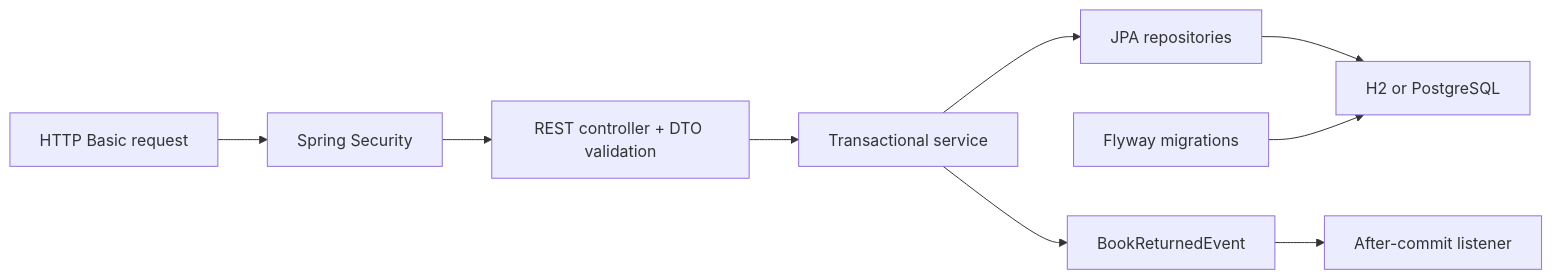
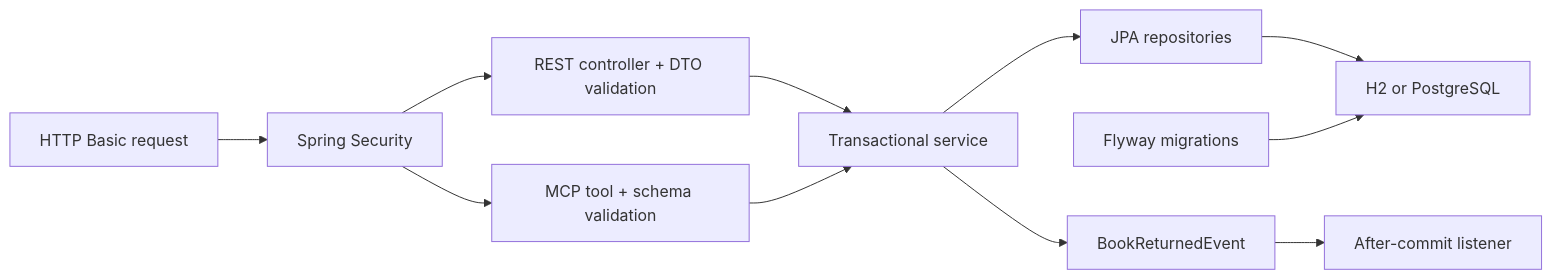
One commit to joaolpferreira/LibraryManagementSystem changed the diagram in ROADMAP.md. Above: the diagram before and after it, drawn with Mermaid. The commit also changed other lines of this file and 2 other files, not shown here.

Commit message:
MCP server

````diff
--- a/ROADMAP.md
+++ b/ROADMAP.md
@@ -17,11 +17,13 @@
 ```mermaid
 flowchart LR
     A["HTTP Basic request"] --> B["Spring Security"]
     B --> C["REST controller + DTO validation"]
+    B --> J["MCP tool + schema validation"]
     C --> D["Transactional service"]
+    J --> D
     D --> E["JPA repositories"]
     E --> F["H2 or PostgreSQL"]
     G["Flyway migrations"] --> F
     D --> H["BookReturnedEvent"]
     H --> I["After-commit listener"]
 ```
````
